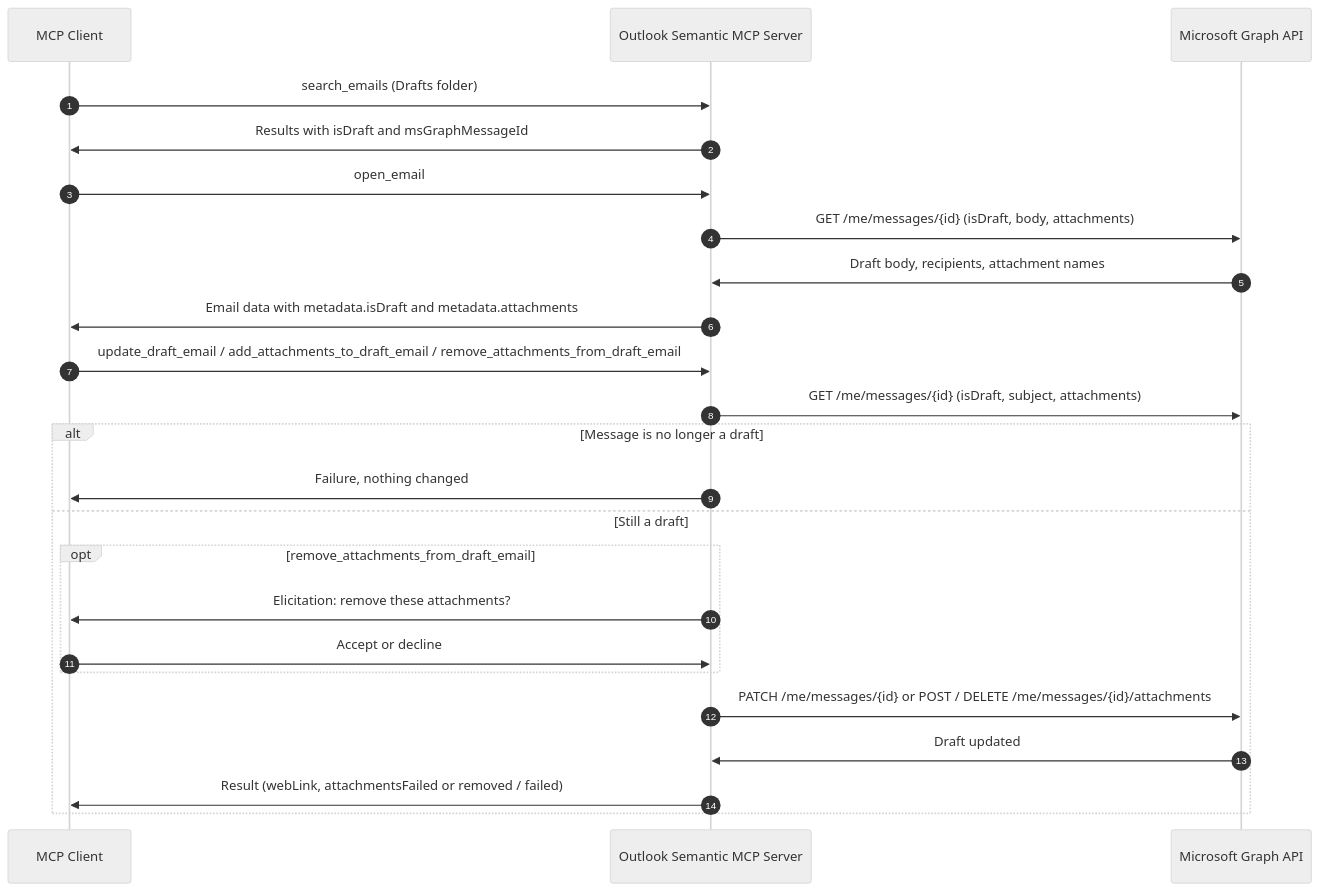
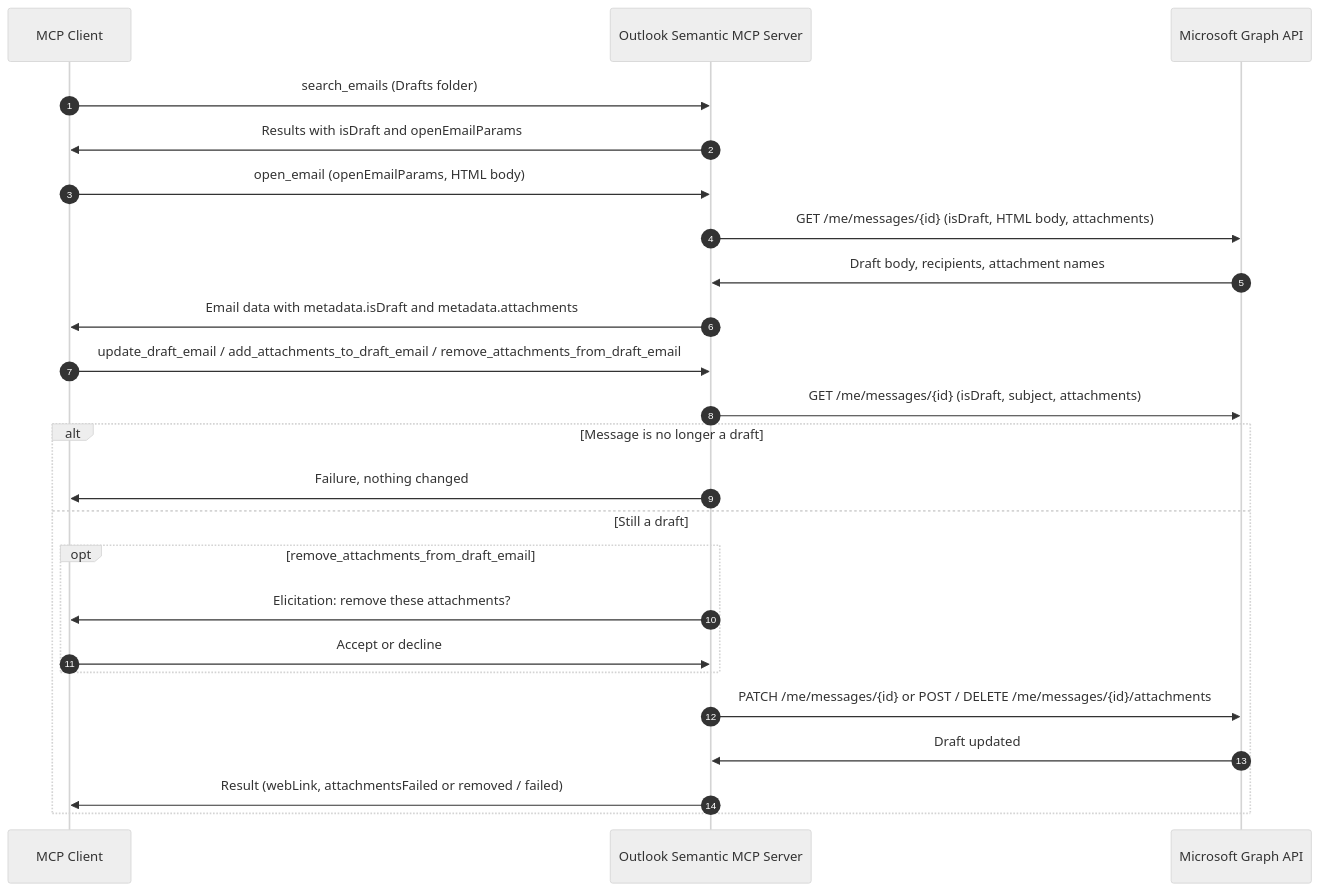
Before and after one commit to Unique-AG/connectors: the sixth of 6 diagrams in services/outlook-semantic-mcp/docs/technical/flows.md, drawn with Mermaid. The commit also changed other lines of this file and 33 other files, not shown here.

First line of the commit message:
feat(outlook-semantic-mcp): open every search result from Microsoft Graph

````diff
--- a/services/outlook-semantic-mcp/docs/technical/flows.md
+++ b/services/outlook-semantic-mcp/docs/technical/flows.md
@@ -270,29 +270,29 @@
 ```mermaid
 %%{init: {'theme': 'neutral', 'themeVariables': { 'fontSize': '14px' }}}%%
 sequenceDiagram
     autonumber
     participant MCPClient as MCP Client
     participant OutlookMCP as Outlook Semantic MCP Server
     participant MSGraph as Microsoft Graph API
 
     MCPClient->>OutlookMCP: search_emails (Drafts folder)
-    OutlookMCP->>MCPClient: Results with isDraft and msGraphMessageId
-    MCPClient->>OutlookMCP: open_email
-    OutlookMCP->>MSGraph: GET /me/messages/{id} (isDraft, body, attachments)
+    OutlookMCP->>MCPClient: Results with isDraft and openEmailParams
+    MCPClient->>OutlookMCP: open_email (openEmailParams, HTML body)
+    OutlookMCP->>MSGraph: GET /me/messages/{id} (isDraft, HTML body, attachments)
     MSGraph->>OutlookMCP: Draft body, recipients, attachment names
     OutlookMCP->>MCPClient: Email data with metadata.isDraft and metadata.attachments
 
     MCPClient->>OutlookMCP: update_draft_email / add_attachments_to_draft_email / remove_attachments_from_draft_email
     OutlookMCP->>MSGraph: GET /me/messages/{id} (isDraft, subject, attachments)
     alt Message is no longer a draft
         OutlookMCP->>MCPClient: Failure, nothing changed
     else Still a draft
         opt remove_attachments_from_draft_email
             OutlookMCP->>MCPClient: Elicitation: remove these attachments?
             MCPClient->>OutlookMCP: Accept or decline
         end
         OutlookMCP->>MSGraph: PATCH /me/messages/{id} or POST / DELETE /me/messages/{id}/attachments
         MSGraph->>OutlookMCP: Draft updated
         OutlookMCP->>MCPClient: Result (webLink, attachmentsFailed or removed / failed)
     end
 ```
````
